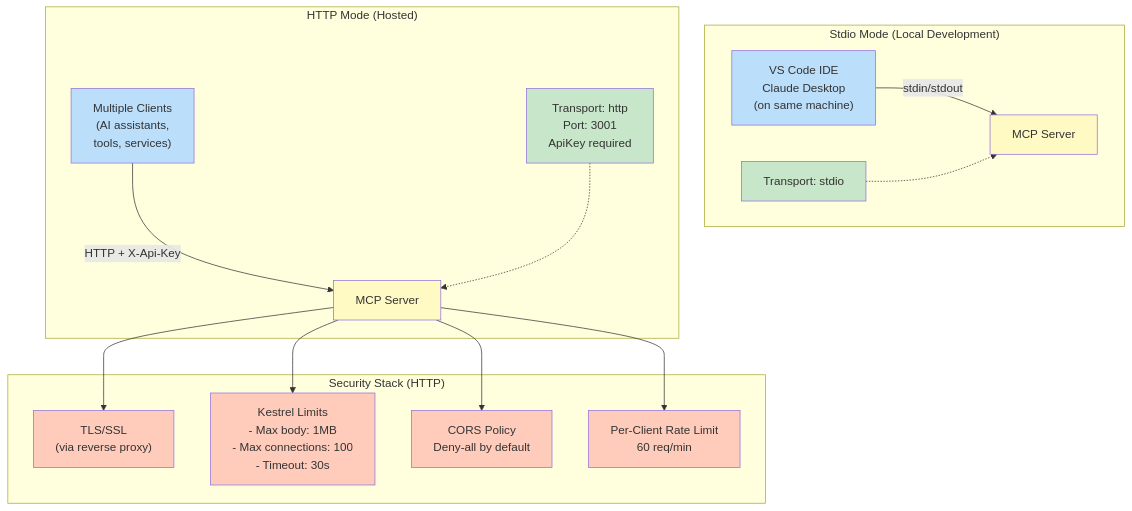
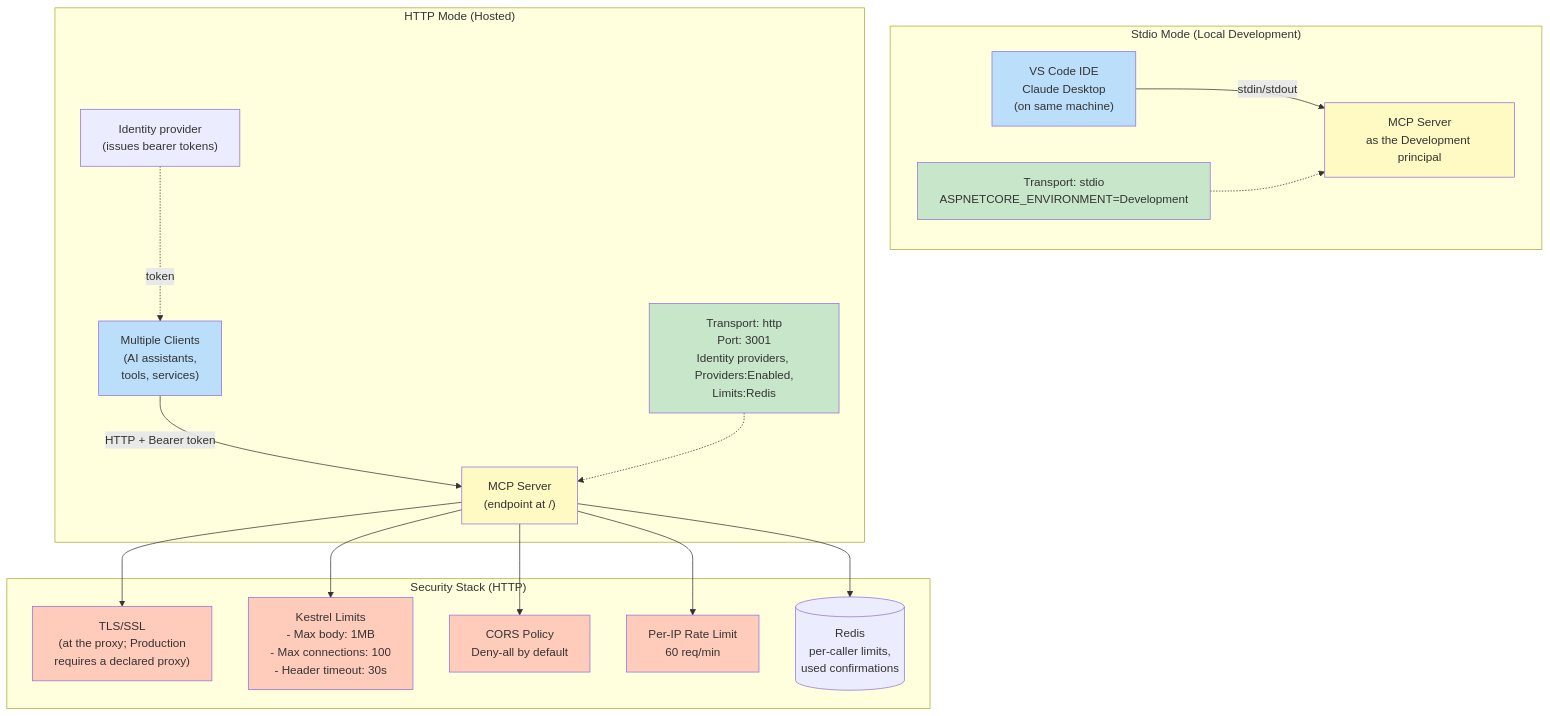
The ninth of 10 diagrams in docs/02-ARCHITECTURE-FLOWCHARTS.md (oskarc/MCPExtensibleTemplate), drawn with Mermaid before and after one commit. The commit also changed other lines of this file and 24 other files, not shown here.

````diff
--- a/docs/02-ARCHITECTURE-FLOWCHARTS.md
+++ b/docs/02-ARCHITECTURE-FLOWCHARTS.md
@@ -342,43 +356,47 @@
 ```mermaid
 graph TB
     subgraph "Stdio Mode (Local Development)"
-        Config1["Transport: stdio"]
+        Config1["Transport: stdio<br/>ASPNETCORE_ENVIRONMENT=Development"]
         Client1["VS Code IDE<br/>Claude Desktop<br/>(on same machine)"]
-        Server1["MCP Server"]
-        
+        Server1["MCP Server<br/>as the Development principal"]
+
         Client1 -->|stdin/stdout| Server1
         Config1 -.-> Server1
     end
 
     subgraph "HTTP Mode (Hosted)"
-        Config2["Transport: http<br/>Port: 3001<br/>ApiKey required"]
+        Config2["Transport: http<br/>Port: 3001<br/>Identity providers, Providers:Enabled,<br/>Limits:Redis"]
         Clients2["Multiple Clients<br/>(AI assistants,<br/>tools, services)"]
-        Server2["MCP Server"]
-        
-        Clients2 -->|HTTP + X-Api-Key| Server2
+        IdP["Identity provider<br/>(issues bearer tokens)"]
+        Server2["MCP Server<br/>(endpoint at /)"]
+
+        IdP -.->|token| Clients2
+        Clients2 -->|HTTP + Bearer token| Server2
         Config2 -.-> Server2
     end
 
     subgraph "Security Stack (HTTP)"
-        TLS["TLS/SSL<br/>(via reverse proxy)"]
-        KestrelLimits["Kestrel Limits<br/>- Max body: 1MB<br/>- Max connections: 100<br/>- Timeout: 30s"]
+        TLS["TLS/SSL<br/>(at the proxy; Production<br/>requires a declared proxy)"]
+        KestrelLimits["Kestrel Limits<br/>- Max body: 1MB<br/>- Max connections: 100<br/>- Header timeout: 30s"]
         CORS["CORS Policy<br/>Deny-all by default"]
-        RateLimit["Per-Client Rate Limit<br/>60 req/min"]
+        RateLimit["Per-IP Rate Limit<br/>60 req/min"]
+        Redis[("Redis<br/>per-caller limits,<br/>used confirmations")]
     end
 
     Server2 --> TLS
     Server2 --> KestrelLimits
     Server2 --> CORS
     Server2 --> RateLimit
+    Server2 --> Redis
 
     style Config1 fill:#c8e6c9
     style Client1 fill:#bbdefb
     style Server1 fill:#fff9c4
     style Config2 fill:#c8e6c9
     style Clients2 fill:#bbdefb
     style Server2 fill:#fff9c4
     style TLS fill:#ffccbc
     style KestrelLimits fill:#ffccbc
     style CORS fill:#ffccbc
     style RateLimit fill:#ffccbc
 ```
````
